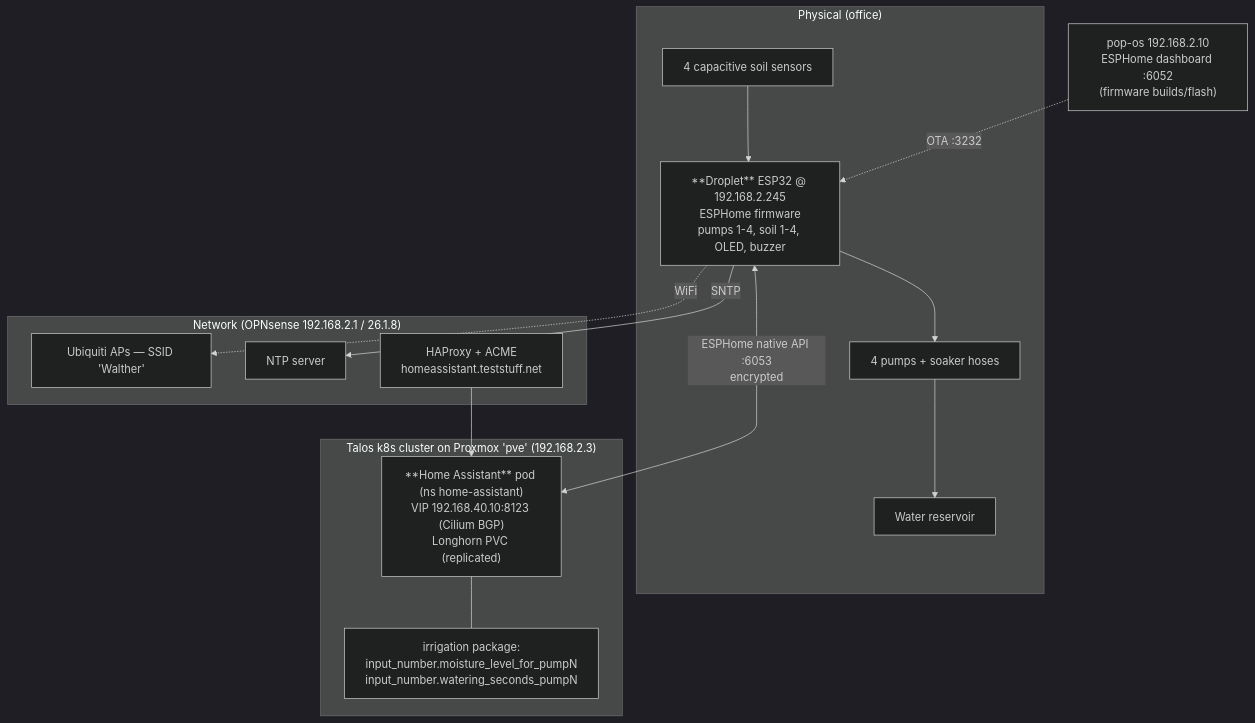
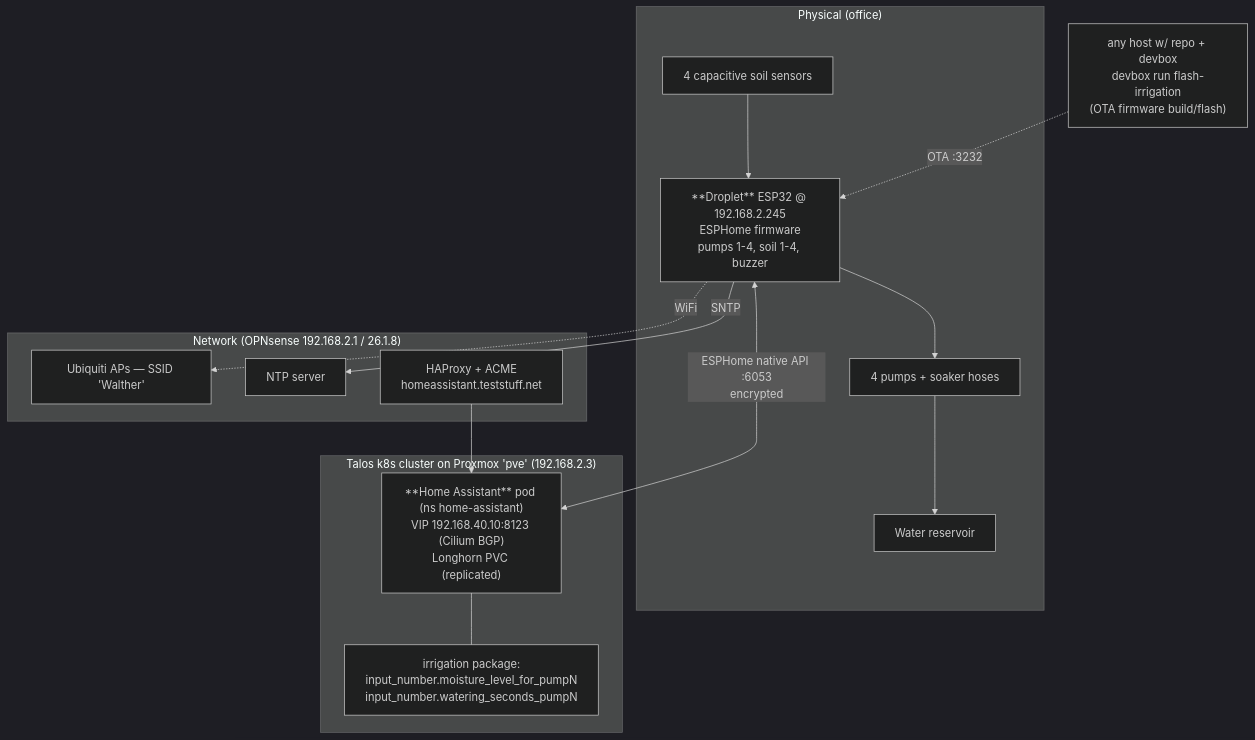
The second of 4 diagrams in docs/office-plants/README.md (teststuffstash/homelab), drawn with Mermaid (dark theme) before and after one commit. The commit also changed other lines of this file and 65 other files, not shown here.

````diff
--- a/docs/office-plants/README.md
+++ b/docs/office-plants/README.md
@@ -72,31 +72,31 @@
 ```mermaid
 flowchart TB
     subgraph office["Physical (office)"]
-      droplet["**Droplet** ESP32 @ 192.168.2.245<br/>ESPHome firmware<br/>pumps 1-4, soil 1-4, OLED, buzzer"]
+      droplet["**Droplet** ESP32 @ 192.168.2.245<br/>ESPHome firmware<br/>pumps 1-4, soil 1-4, buzzer"]
       pumps["4 pumps + soaker hoses"]
       sensors["4 capacitive soil sensors"]
       reservoir["Water reservoir"]
       droplet --> pumps --> reservoir
       sensors --> droplet
     end
 
     subgraph net["Network (OPNsense 192.168.2.1 / 26.1.8)"]
       aps["Ubiquiti APs — SSID 'Walther'"]
       ntpd["NTP server"]
       haproxy["HAProxy + ACME<br/>homeassistant.teststuff.net"]
     end
 
     subgraph cluster["Talos k8s cluster on Proxmox 'pve' (192.168.2.3)"]
       ha["**Home Assistant** pod (ns home-assistant)<br/>VIP 192.168.40.10:8123 (Cilium BGP)<br/>Longhorn PVC (replicated)"]
       irr["irrigation package:<br/>input_number.moisture_level_for_pumpN<br/>input_number.watering_seconds_pumpN"]
       ha --- irr
     end
 
-    popos["pop-os 192.168.2.10<br/>ESPHome dashboard :6052<br/>(firmware builds/flash)"]
+    popos["any host w/ repo + devbox<br/>devbox run flash-irrigation<br/>(OTA firmware build/flash)"]
 
     droplet -. WiFi .-> aps
     droplet -->|SNTP| ntpd
     droplet <-->|ESPHome native API :6053<br/>encrypted| ha
     popos -. OTA :3232 .-> droplet
     haproxy --> ha
 ```
````
